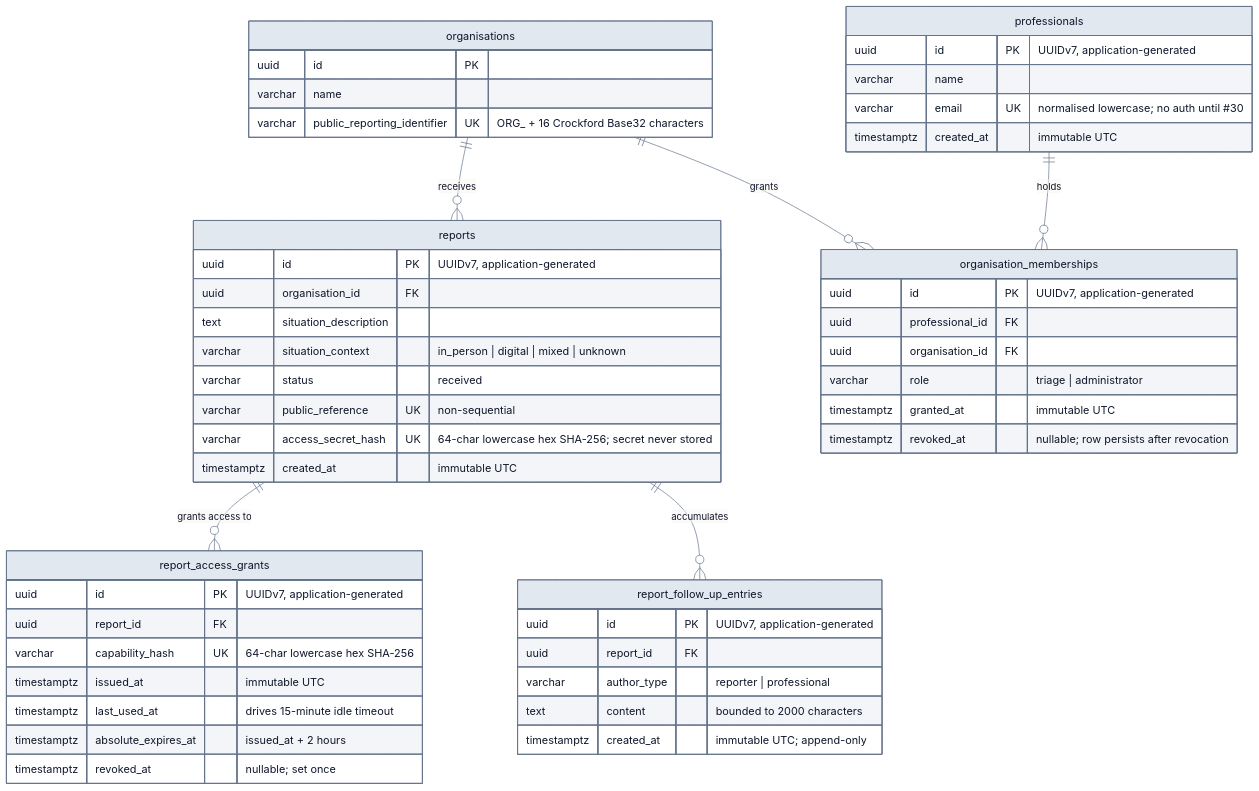
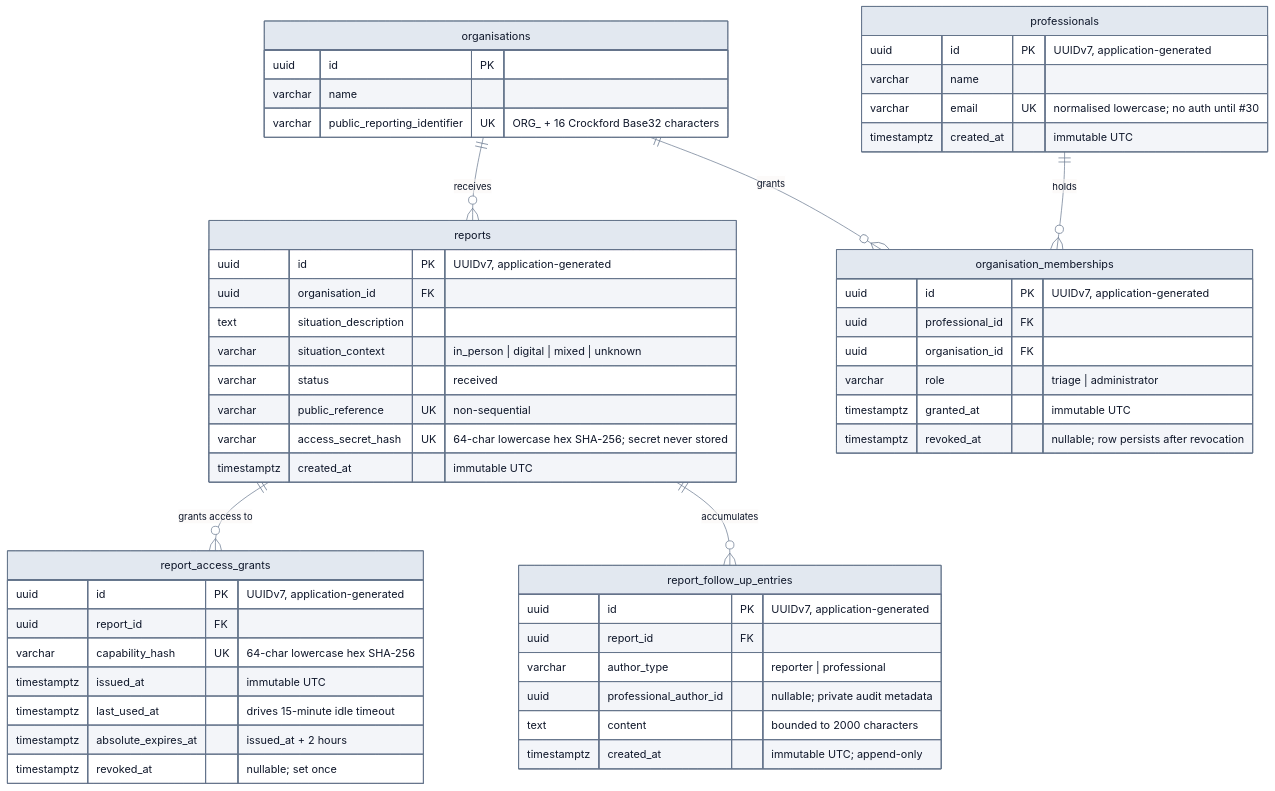
The diagram in docs/architecture/diagrams/data-model.md (albertogalvez-dev/Convive), drawn with Mermaid before and after one commit. The commit also changed 4 other files, not shown here.

````diff
--- a/docs/architecture/diagrams/data-model.md
+++ b/docs/architecture/diagrams/data-model.md
@@ -7,54 +7,55 @@
 ```mermaid
 %%{init: {'theme': 'base', 'themeVariables': {'primaryColor': '#E2E8F0', 'primaryTextColor': '#0F172A', 'primaryBorderColor': '#64748B', 'lineColor': '#64748B'}}}%%
 erDiagram
     organisations {
         uuid id PK
         varchar name
         varchar public_reporting_identifier UK "ORG_ + 16 Crockford Base32 characters"
     }
     reports {
         uuid id PK "UUIDv7, application-generated"
         uuid organisation_id FK
         text situation_description
         varchar situation_context "in_person | digital | mixed | unknown"
         varchar status "received"
         varchar public_reference UK "non-sequential"
         varchar access_secret_hash UK "64-char lowercase hex SHA-256; secret never stored"
         timestamptz created_at "immutable UTC"
     }
     report_access_grants {
         uuid id PK "UUIDv7, application-generated"
         uuid report_id FK
         varchar capability_hash UK "64-char lowercase hex SHA-256"
         timestamptz issued_at "immutable UTC"
         timestamptz last_used_at "drives 15-minute idle timeout"
         timestamptz absolute_expires_at "issued_at + 2 hours"
         timestamptz revoked_at "nullable; set once"
     }
     report_follow_up_entries {
         uuid id PK "UUIDv7, application-generated"
         uuid report_id FK
         varchar author_type "reporter | professional"
+        uuid professional_author_id "nullable; private audit metadata"
         text content "bounded to 2000 characters"
         timestamptz created_at "immutable UTC; append-only"
     }
     professionals {
         uuid id PK "UUIDv7, application-generated"
         varchar name
         varchar email UK "normalised lowercase; no auth until #30"
         timestamptz created_at "immutable UTC"
     }
     organisation_memberships {
         uuid id PK "UUIDv7, application-generated"
         uuid professional_id FK
         uuid organisation_id FK
         varchar role "triage | administrator"
         timestamptz granted_at "immutable UTC"
         timestamptz revoked_at "nullable; row persists after revocation"
     }
     organisations ||--o{ reports : "receives"
     reports ||--o{ report_access_grants : "grants access to"
     reports ||--o{ report_follow_up_entries : "accumulates"
     professionals ||--o{ organisation_memberships : "holds"
     organisations ||--o{ organisation_memberships : "grants"
 ```
````
